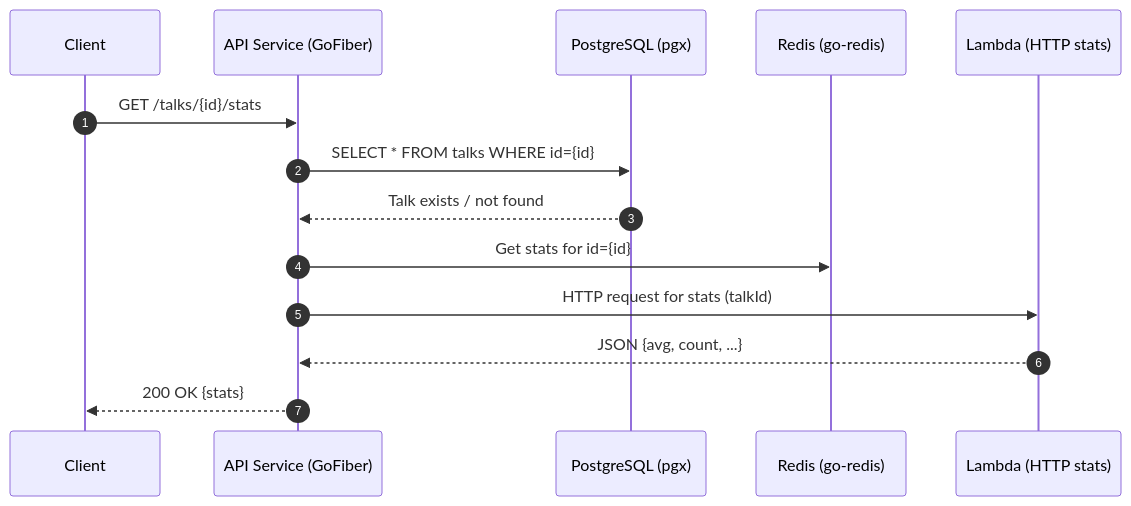
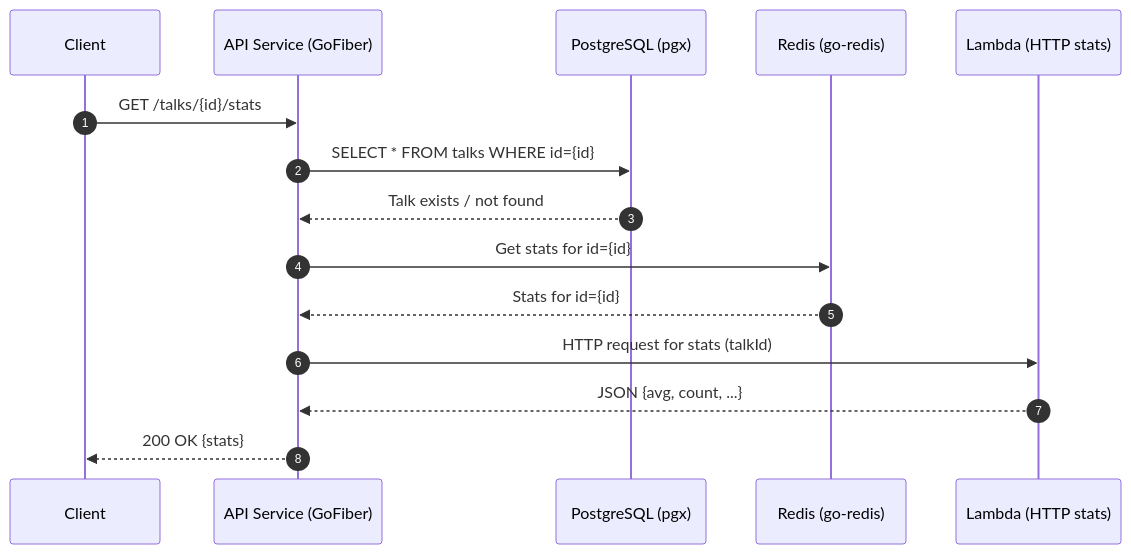
Before and after one commit to testcontainers/workshop-go: the third of 4 diagrams in step-2-exploring-the-app.md, drawn with Mermaid.

Commit message:
docs: include cache response

````diff
--- a/step-2-exploring-the-app.md
+++ b/step-2-exploring-the-app.md
@@ -100,17 +100,18 @@
 ```mermaid
 sequenceDiagram
   participant Client as Client
   participant API as API Service (GoFiber)
   participant PG as PostgreSQL (pgx)
   participant RD as Redis (go-redis)
   participant L as Lambda (HTTP stats)
 
   autonumber
   Client ->> API: GET /talks/{id}/stats
   API ->> PG: SELECT * FROM talks WHERE id={id}
   PG -->> API: Talk exists / not found
   API ->> RD: Get stats for id={id}
+  RD -->> API: Stats for id={id}
   API ->> L: HTTP request for stats (talkId)
   L -->> API: JSON {avg, count, ...}
   API -->> Client: 200 OK {stats}
 ```
````
